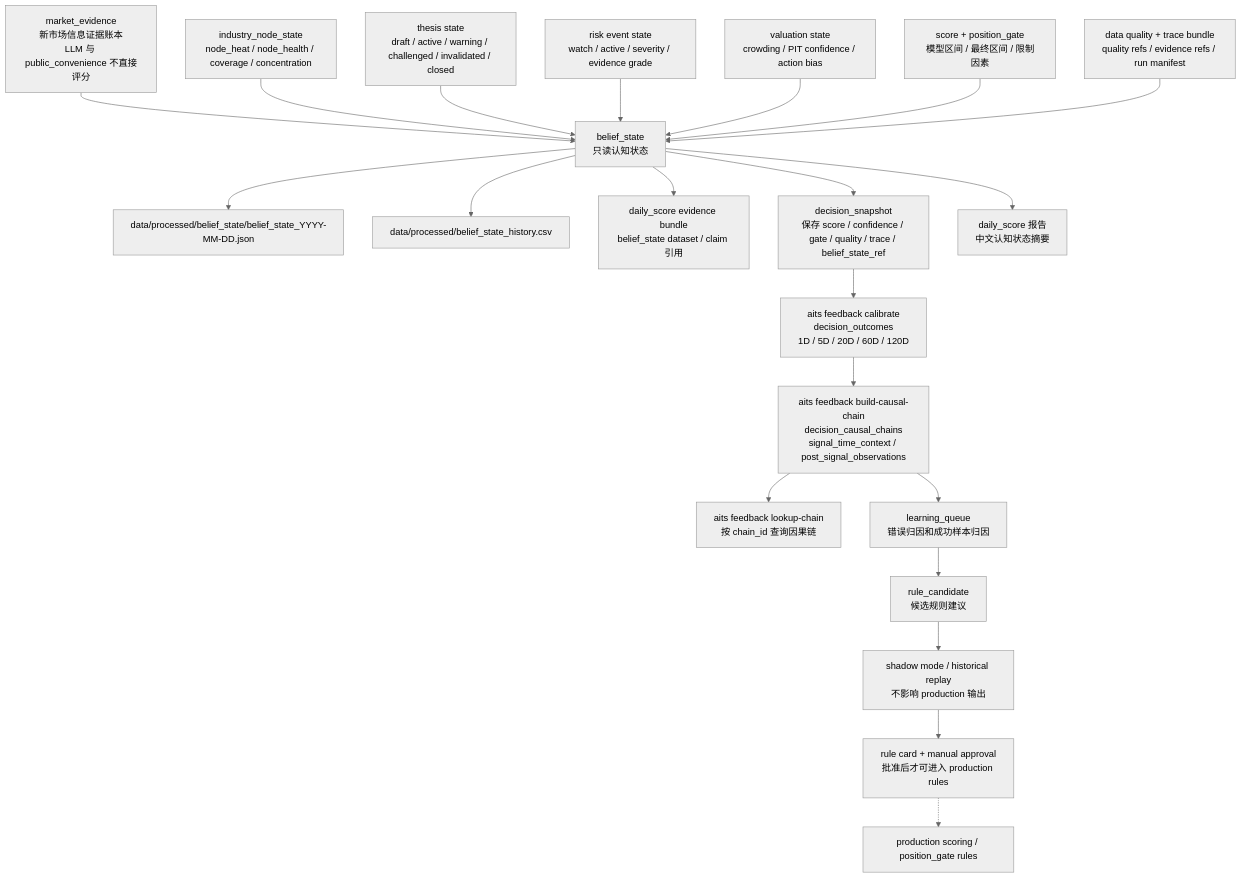
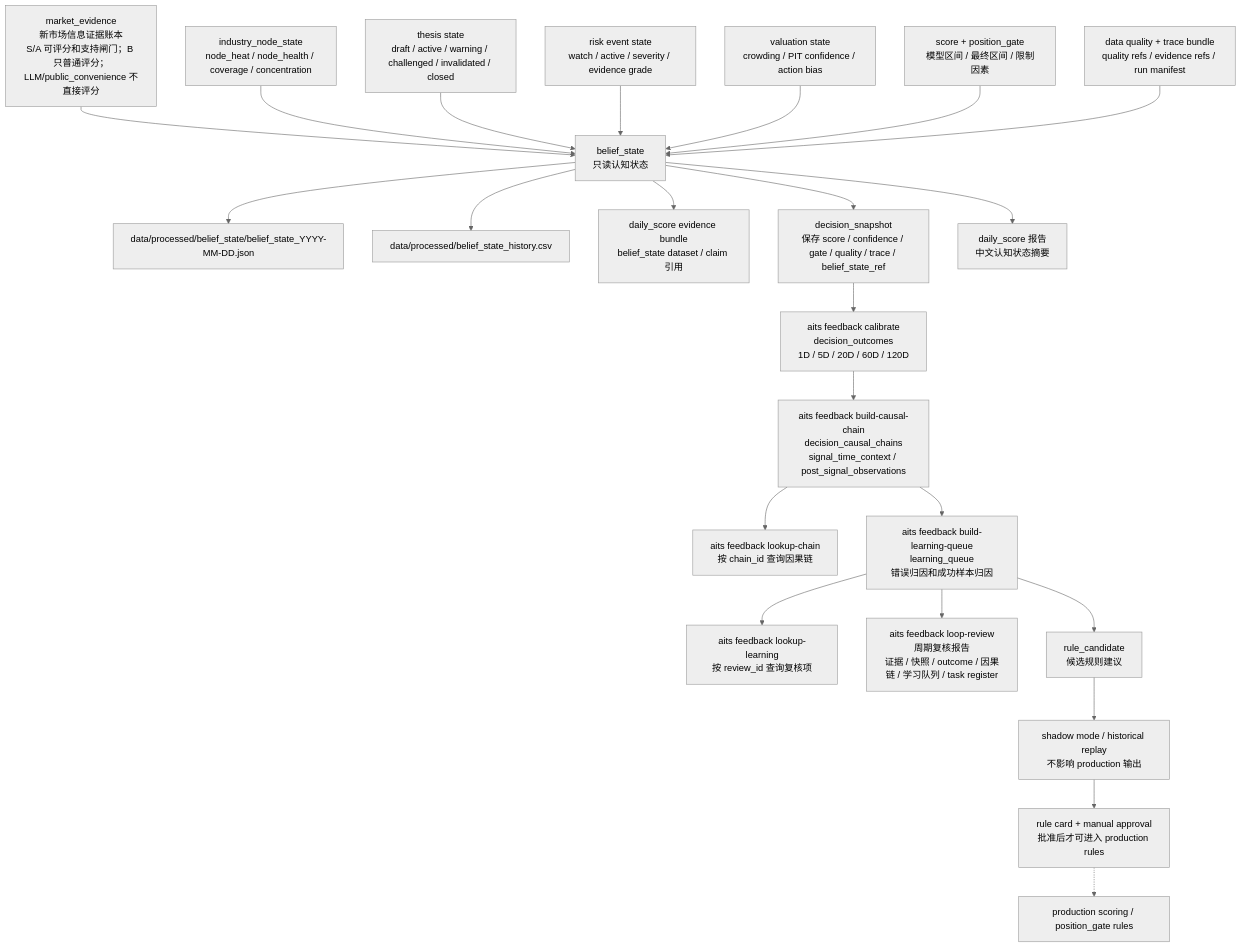
Before and after one commit to AI-Trading-Collaboration/AITradingSystem: the fifth of 6 diagrams in docs/system_flow.md, drawn with Mermaid (neutral theme). The commit also changed other lines of this file and 25 other files, not shown here.

Commit message:
Implement source policy and feedback learning loop

````diff
--- a/docs/system_flow.md
+++ b/docs/system_flow.md
@@ -538,26 +554,28 @@
 ```mermaid
 flowchart TD
-    E0["market_evidence<br/>新市场信息证据账本<br/>LLM 与 public_convenience 不直接评分"] --> B0["belief_state<br/>只读认知状态"]
+    E0["market_evidence<br/>新市场信息证据账本<br/>S/A 可评分和支持闸门；B 只普通评分；LLM/public_convenience 不直接评分"] --> B0["belief_state<br/>只读认知状态"]
     C0["industry_node_state<br/>node_heat / node_health / coverage / concentration"] --> B0
     T0["thesis state<br/>draft / active / warning / challenged / invalidated / closed"] --> B0
     R0["risk event state<br/>watch / active / severity / evidence grade"] --> B0
     V0["valuation state<br/>crowding / PIT confidence / action bias"] --> B0
     S0["score + position_gate<br/>模型区间 / 最终区间 / 限制因素"] --> B0
     Q0["data quality + trace bundle<br/>quality refs / evidence refs / run manifest"] --> B0
 
     B0 --> B1["data/processed/belief_state/belief_state_YYYY-MM-DD.json"]
     B0 --> B2["data/processed/belief_state_history.csv"]
     B0 --> B3["daily_score evidence bundle<br/>belief_state dataset / claim 引用"]
     B0 --> D0["decision_snapshot<br/>保存 score / confidence / gate / quality / trace / belief_state_ref"]
     B0 --> RPT["daily_score 报告<br/>中文认知状态摘要"]
 
     D0 --> O0["aits feedback calibrate<br/>decision_outcomes<br/>1D / 5D / 20D / 60D / 120D"]
     O0 --> CA0["aits feedback build-causal-chain<br/>decision_causal_chains<br/>signal_time_context / post_signal_observations"]
     CA0 --> CAQ["aits feedback lookup-chain<br/>按 chain_id 查询因果链"]
-    CA0 --> L0["learning_queue<br/>错误归因和成功样本归因"]
+    CA0 --> L0["aits feedback build-learning-queue<br/>learning_queue<br/>错误归因和成功样本归因"]
+    L0 --> LQ["aits feedback lookup-learning<br/>按 review_id 查询复核项"]
+    L0 --> LR0["aits feedback loop-review<br/>周期复核报告<br/>证据 / 快照 / outcome / 因果链 / 学习队列 / task register"]
     L0 --> RC0["rule_candidate<br/>候选规则建议"]
     RC0 --> SH0["shadow mode / historical replay<br/>不影响 production 输出"]
     SH0 --> GOV0["rule card + manual approval<br/>批准后才可进入 production rules"]
 
     GOV0 -.-> PROD0["production scoring / position_gate rules"]
 ```
````
